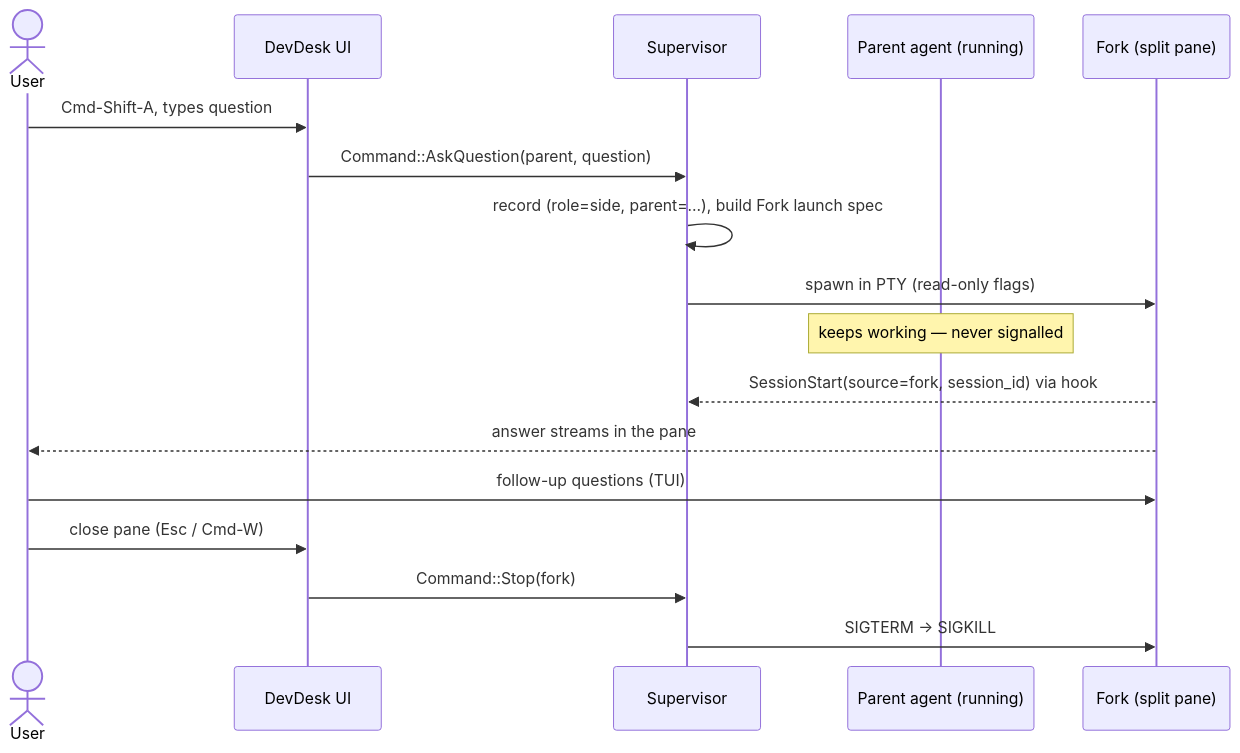
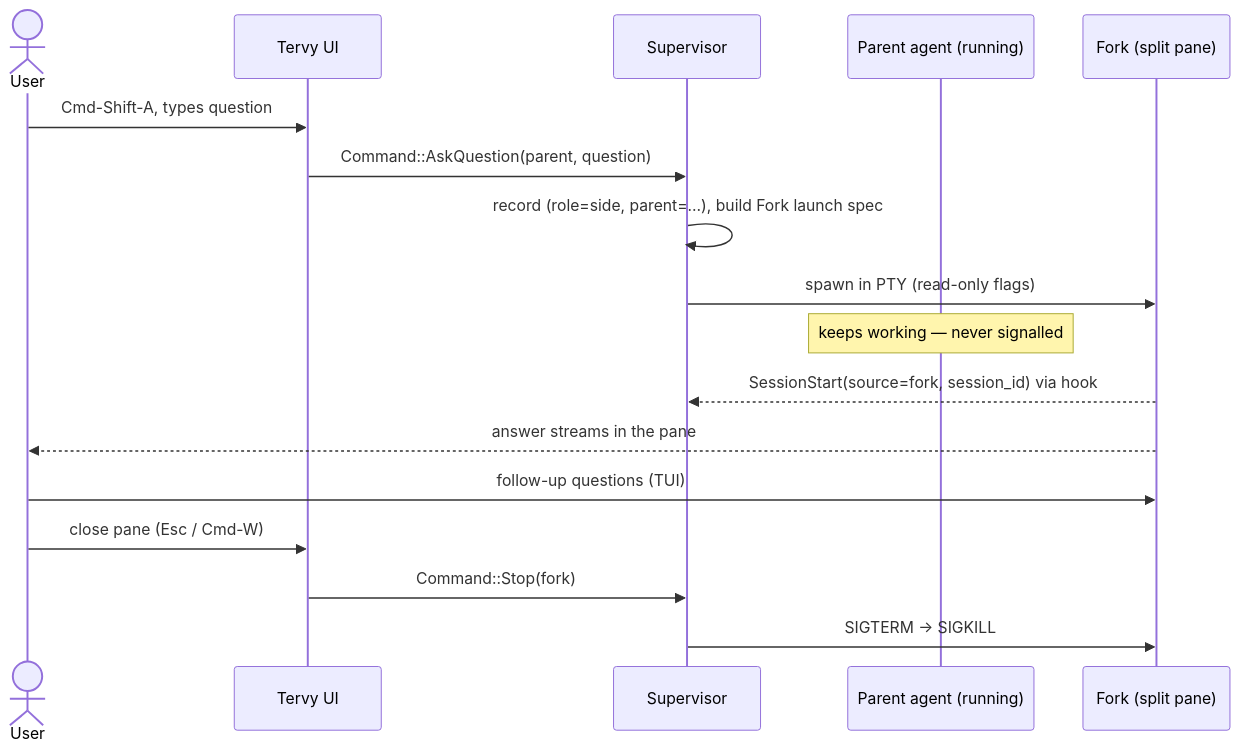
One commit to jringeisen/tervy changed the diagram in docs/agent-integration.md. Above: the diagram before and after it, drawn with Mermaid. The commit also changed other lines of this file and 213 other files, not shown here.

````diff
--- a/docs/agent-integration.md
+++ b/docs/agent-integration.md
@@ -375,19 +375,19 @@
 ```mermaid
 sequenceDiagram
     actor U as User
-    participant UI as DevDesk UI
+    participant UI as Tervy UI
     participant S as Supervisor
     participant P as Parent agent (running)
     participant F as Fork (split pane)
     U->>UI: Cmd-Shift-A, types question
     UI->>S: Command::AskQuestion(parent, question)
     S->>S: record (role=side, parent=…), build Fork launch spec
     S->>F: spawn in PTY (read-only flags)
     Note over P: keeps working — never signalled
     F-->>S: SessionStart(source=fork, session_id) via hook
     F-->>U: answer streams in the pane
     U->>F: follow-up questions (TUI)
     U->>UI: close pane (Esc / Cmd-W)
     UI->>S: Command::Stop(fork)
     S->>F: SIGTERM → SIGKILL
 ```
````
